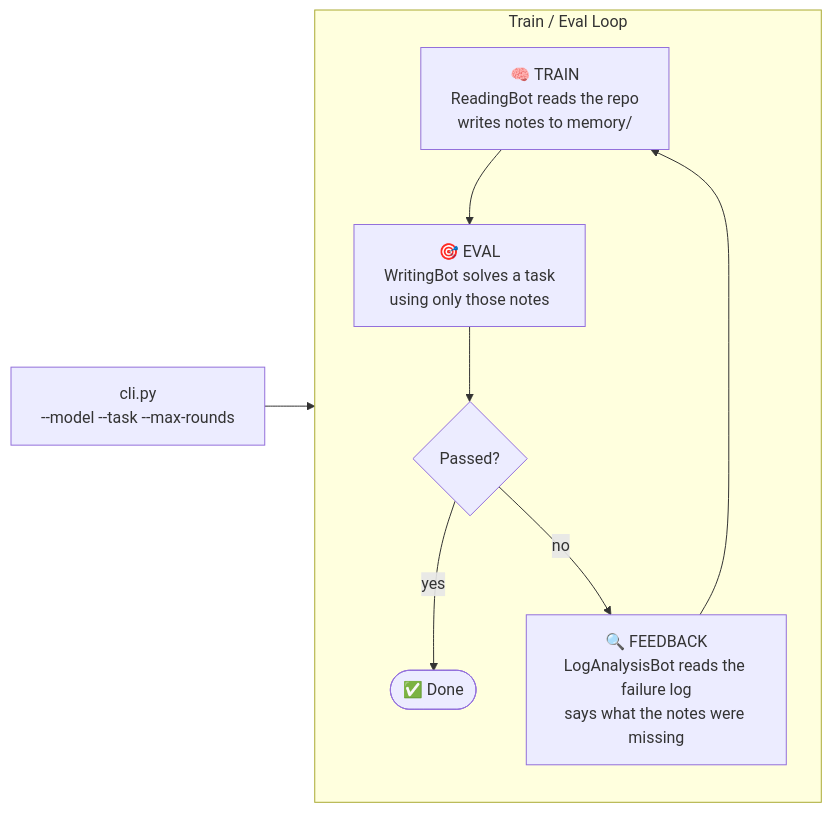
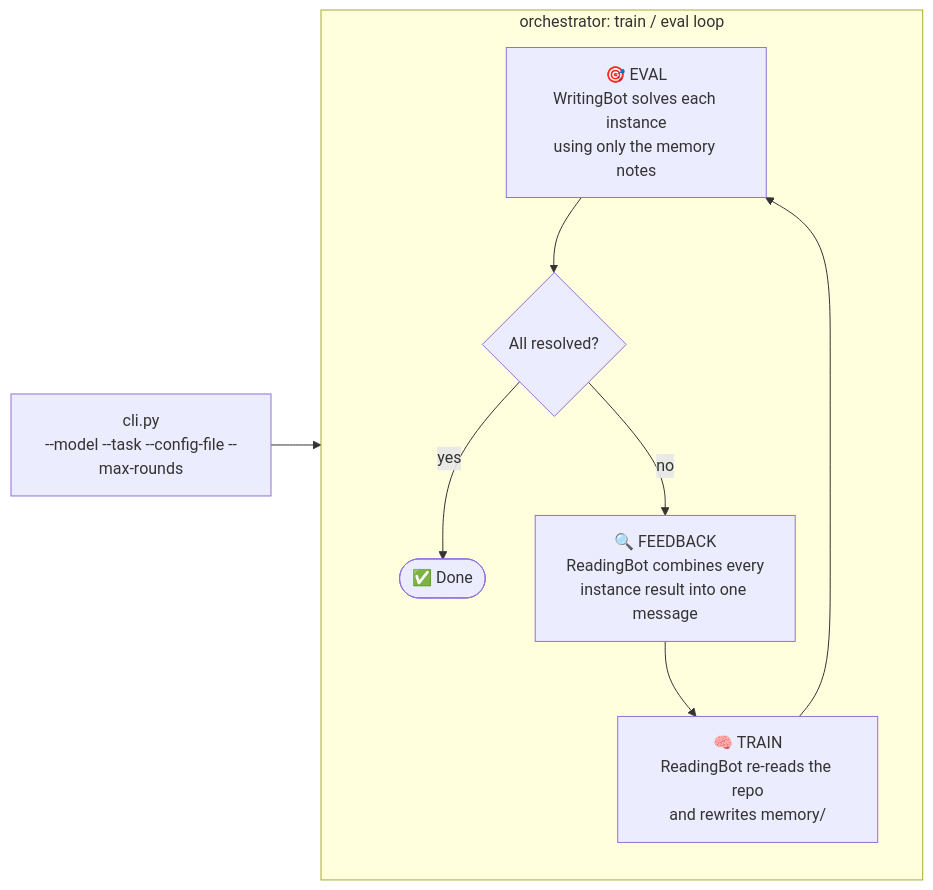
The first of 3 diagrams in src/microbots/auto_memory/architecture.md (0xba1a/minions), drawn with Mermaid before and after one commit. The commit also changed other lines of this file and 14 other files, not shown here.

````diff
--- a/src/microbots/auto_memory/architecture.md
+++ b/src/microbots/auto_memory/architecture.md
@@ -12,16 +12,16 @@
 ```mermaid
 flowchart LR
-    subgraph LOOP["Train / Eval Loop"]
+    CLI["cli.py<br/>--model --task --config-file --max-rounds"] --> LOOP
+
+    subgraph LOOP["orchestrator: train / eval loop"]
         direction TB
-        T["🧠 TRAIN<br/>ReadingBot reads the repo<br/>writes notes to memory/"]
-        E["🎯 EVAL<br/>WritingBot solves a task<br/>using only those notes"]
-        C{"Passed?"}
-        F["🔍 FEEDBACK<br/>LogAnalysisBot reads the failure log<br/>says what the notes were missing"]
+        E["🎯 EVAL<br/>WritingBot solves each instance<br/>using only the memory notes"]
+        C{"All resolved?"}
+        F["🔍 FEEDBACK<br/>ReadingBot combines every<br/>instance result into one message"]
+        T["🧠 TRAIN<br/>ReadingBot re-reads the repo<br/>and rewrites memory/"]
 
         E --> C
         C -- "yes" --> DONE(["✅ Done"])
         C -- "no" --> F --> T --> E
     end
-
-    CLI["cli.py<br/>--model --task --max-rounds"] --> LOOP
 ```
````
